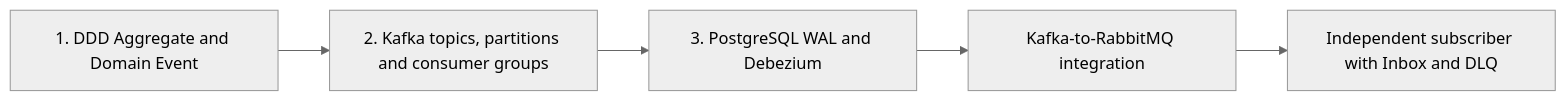
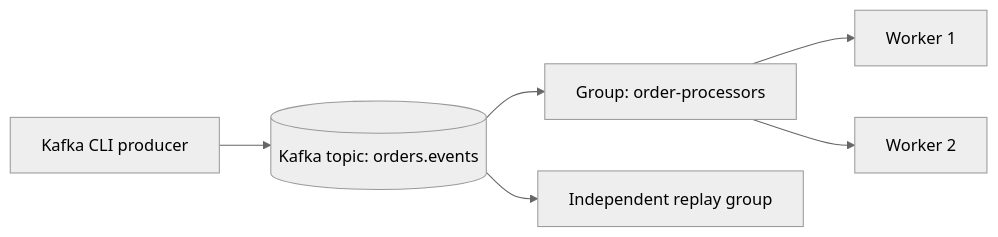
The first of 2 diagrams in event-driven-architecture/README.md (saverioieva/information-systems-design-big-data-examples), drawn with Mermaid (neutral theme) before and after one commit. The commit also changed other lines of this file and 65 other files, not shown here.

````diff
--- a/event-driven-architecture/README.md
+++ b/event-driven-architecture/README.md
@@ -19,7 +26,8 @@
 ```mermaid
 flowchart LR
-  DDD[1. DDD Aggregate and Domain Event] --> K[2. Kafka topics, partitions and consumer groups]
-  K --> CDC[3. PostgreSQL WAL and Debezium]
-  CDC --> BR[Kafka-to-RabbitMQ integration]
-  BR --> C[Independent subscriber with Inbox and DLQ]
+    P[Kafka CLI producer] --> K[(Kafka topic: orders.events)]
+    K --> G1[Group: order-processors]
+    K --> G2[Independent replay group]
+    G1 --> W1[Worker 1]
+    G1 --> W2[Worker 2]
 ```
````
